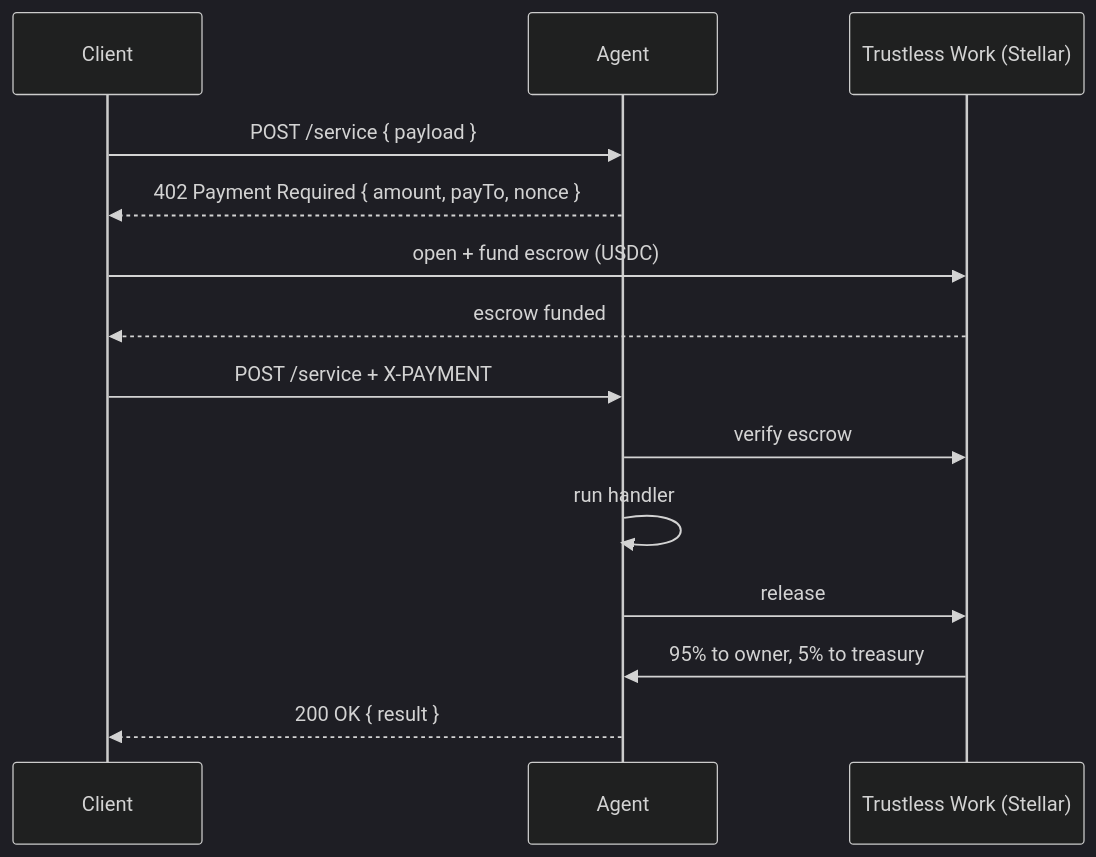
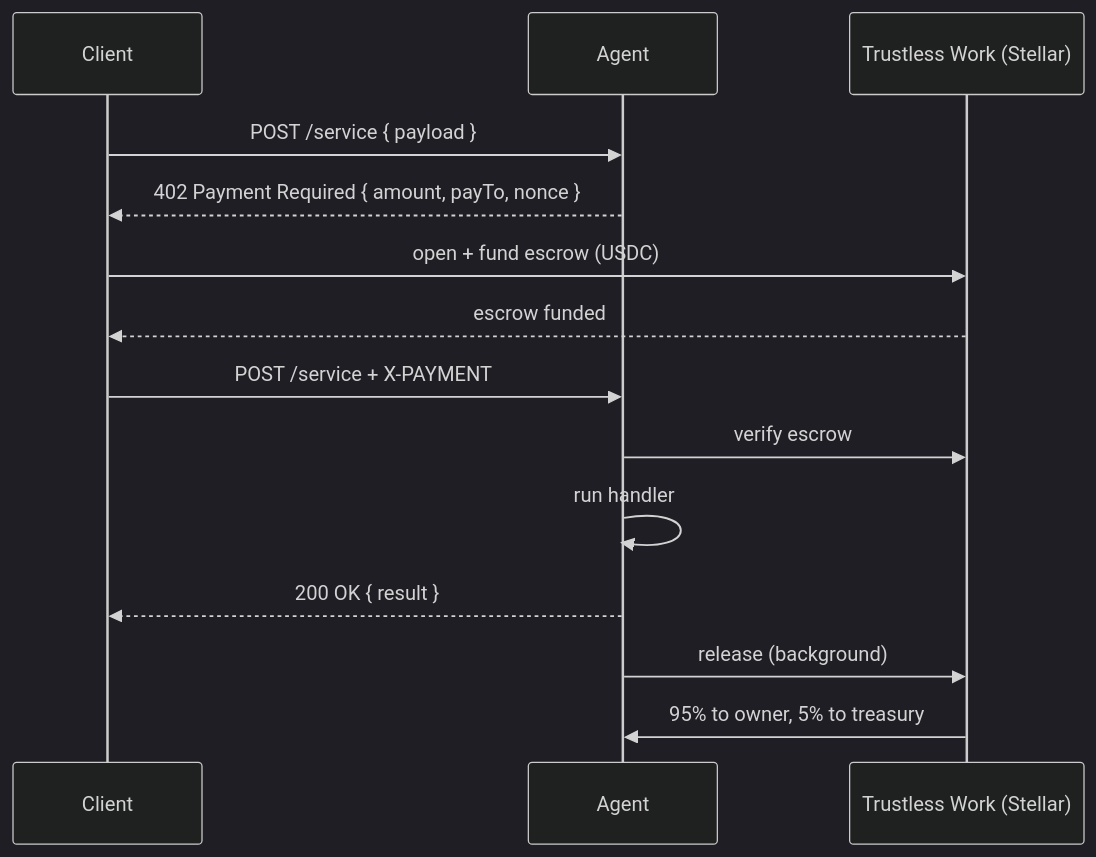
The second of 2 diagrams in README.md (CoKeFish/kiba), drawn with Mermaid (dark theme) before and after one commit. The commit also changed other lines of this file and 1 other file, not shown here.

````diff
--- a/README.md
+++ b/README.md
@@ -98,17 +100,17 @@
 ```mermaid
 sequenceDiagram
     participant C as Client
     participant A as Agent
     participant TW as Trustless Work (Stellar)
 
     C->>A: POST /service { payload }
     A-->>C: 402 Payment Required { amount, payTo, nonce }
     C->>TW: open + fund escrow (USDC)
     TW-->>C: escrow funded
     C->>A: POST /service + X-PAYMENT
     A->>TW: verify escrow
     A->>A: run handler
-    A->>TW: release
+    A-->>C: 200 OK { result }
+    A->>TW: release (background)
     TW->>A: 95% to owner, 5% to treasury
-    A-->>C: 200 OK { result }
 ```
````
